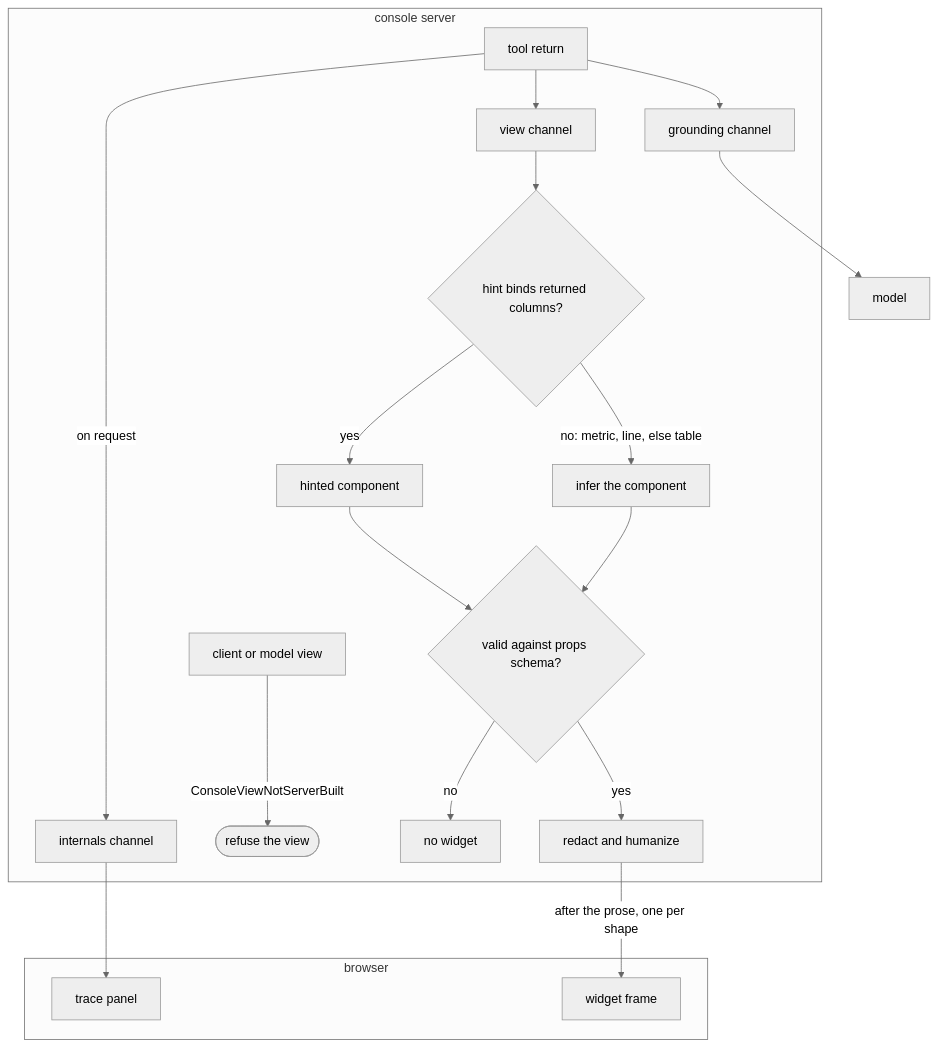
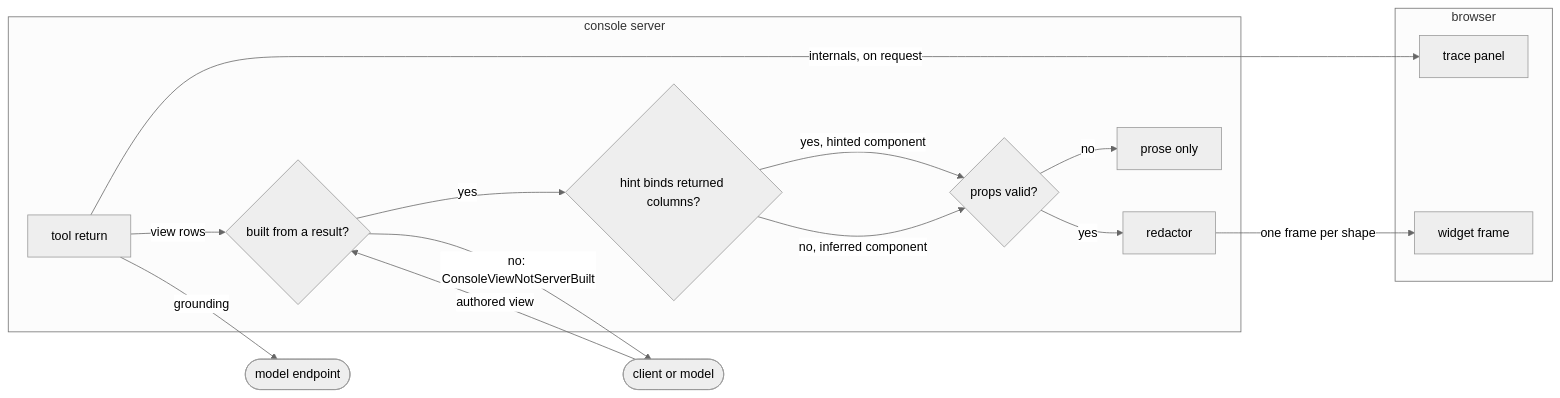
The fourth of 5 diagrams in spec/71-console.md (fractalboxdev/contextful), drawn with Mermaid (neutral theme) before and after one commit. The commit also changed other lines of this file and 31 other files, not shown here.

First line of the commit message:
spec: every diagram draws things as nodes and what flows as labelled edges

````diff
--- a/spec/71-console.md
+++ b/spec/71-console.md
@@ -232,23 +226,26 @@
 ```mermaid
-flowchart TD
+flowchart LR
   subgraph server["console server"]
-    TR["tool return"] --> G["grounding channel"]
-    TR -- "on request" --> I["internals channel"]
-    TR --> V["view channel"]
-    CV["client or model view"] -- "ConsoleViewNotServerBuilt" --> E1(["refuse the view"])
-    V --> H{"hint binds returned columns?"}
-    H -- "yes" --> HC["hinted component"]
-    H -- "no: metric, line, else table" --> INF["infer the component"]
-    HC --> VAL{"valid against props schema?"}
-    INF --> VAL
-    VAL -- "no" --> NONE["no widget"]
-    VAL -- "yes" --> WALK["redact and humanize"]
+    TR["tool return"]
+    SV{"built from a result?"}
+    H{"hint binds returned columns?"}
+    VAL{"props valid?"}
+    WALK["redactor"]
+    NONE["prose only"]
   end
   subgraph browser["browser"]
     TP["trace panel"]
     W["widget frame"]
   end
-  G --> M["model"]
-  I --> TP
-  WALK -- "after the prose, one per shape" --> W
+  TR -->|"grounding"| M(["model endpoint"])
+  TR -->|"internals, on request"| TP
+  TR -->|"view rows"| SV
+  CV(["client or model"]) -->|"authored view"| SV
+  SV -->|"yes"| H
+  SV -->|"no: ConsoleViewNotServerBuilt"| CV
+  H -->|"yes, hinted component"| VAL
+  H -->|"no, inferred component"| VAL
+  VAL -->|"no"| NONE
+  VAL -->|"yes"| WALK
+  WALK -->|"one frame per shape"| W
 ```
````
